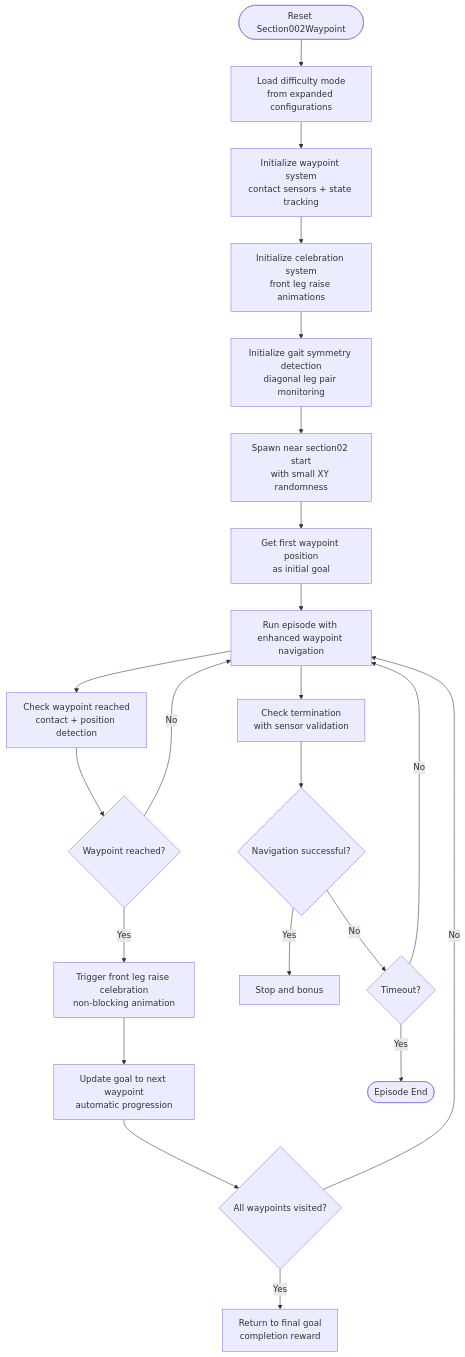
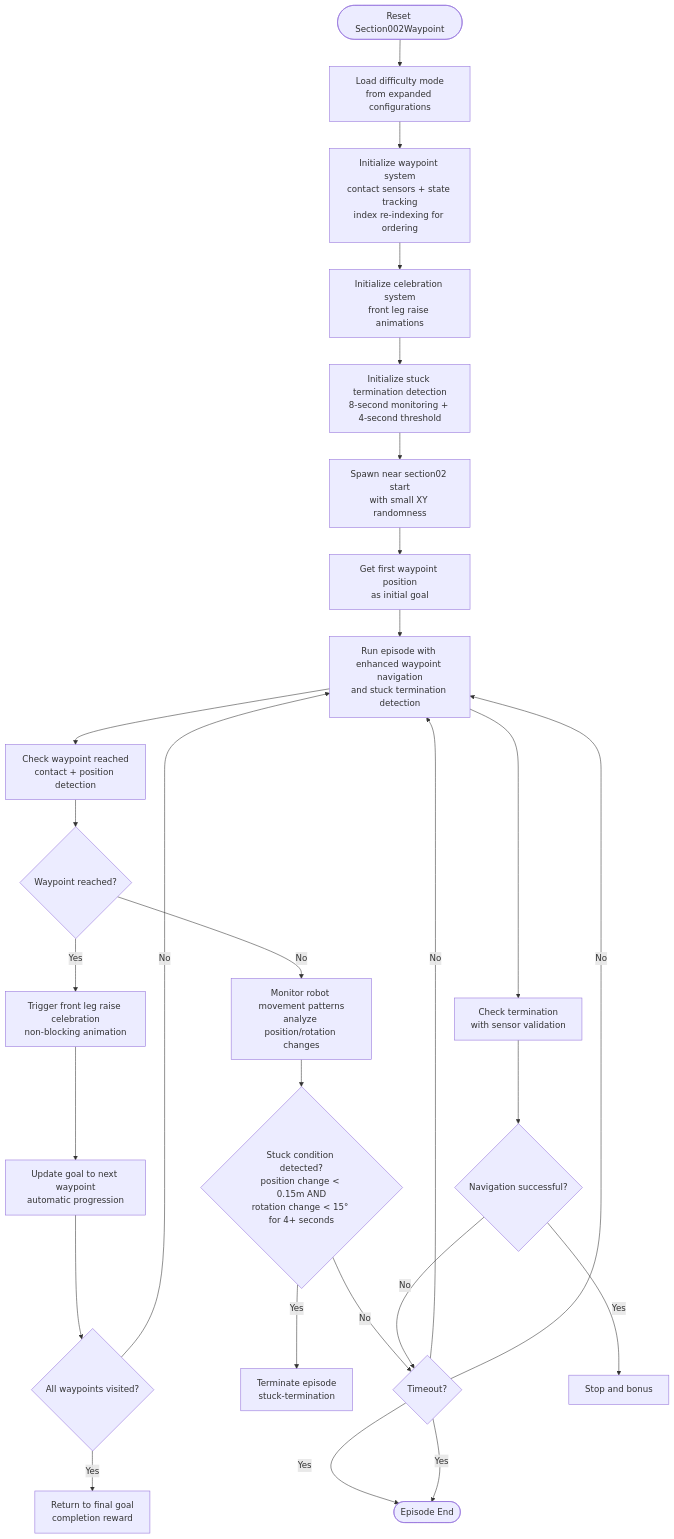
Before and after one commit to jayjayhust/MotrixLab: the eighth of 12 diagrams in .qoder/repowiki/en/content/Navigation Environments/VBot Navigation/Track Sections.md, drawn with Mermaid. The commit also changed other lines of this file and 8 other files, not shown here.

````diff
--- a/.qoder/repowiki/en/content/Navigation Environments/VBot Navigation/Track Sections.md
+++ b/.qoder/repowiki/en/content/Navigation Environments/VBot Navigation/Track Sections.md
@@ -603,24 +668,29 @@
 ```mermaid
 flowchart TD
 Start(["Reset Section002Waypoint"]) --> LoadDifficulty["Load difficulty mode<br/>from expanded configurations"]
-LoadDifficulty --> InitWaypointSystem["Initialize waypoint system<br/>contact sensors + state tracking"]
+LoadDifficulty --> InitWaypointSystem["Initialize waypoint system<br/>contact sensors + state tracking<br/>index re-indexing for ordering"]
 InitWaypointSystem --> InitCelebration["Initialize celebration system<br/>front leg raise animations"]
-InitCelebration --> InitGaitSymmetry["Initialize gait symmetry detection<br/>diagonal leg pair monitoring"]
-InitGaitSymmetry --> Spawn["Spawn near section02 start<br/>with small XY randomness"]
+InitCelebration --> InitStuckDetection["Initialize stuck termination detection<br/>8-second monitoring + 4-second threshold"]
+InitStuckDetection --> Spawn["Spawn near section02 start<br/>with small XY randomness"]
 Spawn --> GetFirstWP["Get first waypoint position<br/>as initial goal"]
-GetFirstWP --> Run["Run episode with enhanced waypoint navigation"]
+GetFirstWP --> Run["Run episode with enhanced waypoint navigation<br/>and stuck termination detection"]
 Run --> CheckWaypoint["Check waypoint reached<br/>contact + position detection"]
 CheckWaypoint --> Reached{"Waypoint reached?"}
 Reached --> |Yes| TriggerCelebration["Trigger front leg raise celebration<br/>non-blocking animation"]
 TriggerCelebration --> UpdateGoal["Update goal to next waypoint<br/>automatic progression"]
 UpdateGoal --> CheckAllVisited{"All waypoints visited?"}
 CheckAllVisited --> |No| Run
 CheckAllVisited --> |Yes| FinalGoal["Return to final goal<br/>completion reward"]
-Reached --> |No| Run
+Reached --> |No| CheckStuck["Monitor robot movement patterns<br/>analyze position/rotation changes"]
+CheckStuck --> StuckDetected{"Stuck condition detected?<br/>position change < 0.15m AND<br/>rotation change < 15° for 4+ seconds"}
+StuckDetected --> |Yes| Terminate["Terminate episode<br/>stuck-termination"]
+StuckDetected --> |No| Timeout{"Timeout?"}
+Timeout --> |Yes| End(["Episode End"])
+Timeout --> |No| Run
 Run --> CheckTermination["Check termination<br/>with sensor validation"]
 CheckTermination --> Success{"Navigation successful?"}
 Success --> |Yes| Stop["Stop and bonus"]
 Success --> |No| Timeout{"Timeout?"}
 Timeout --> |Yes| End(["Episode End"])
 Timeout --> |No| Run
 ```
````
